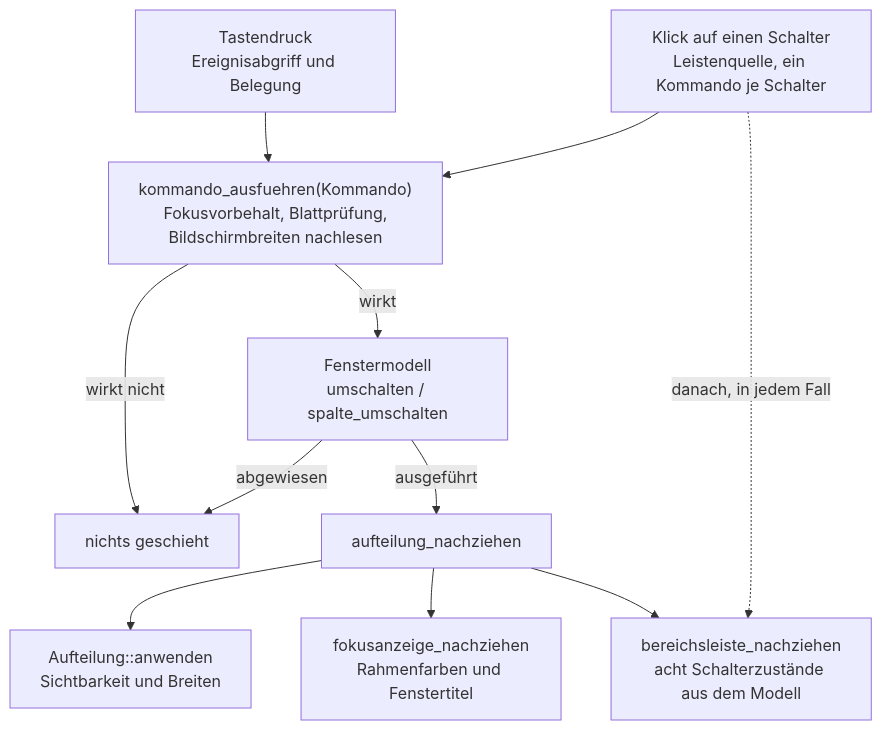
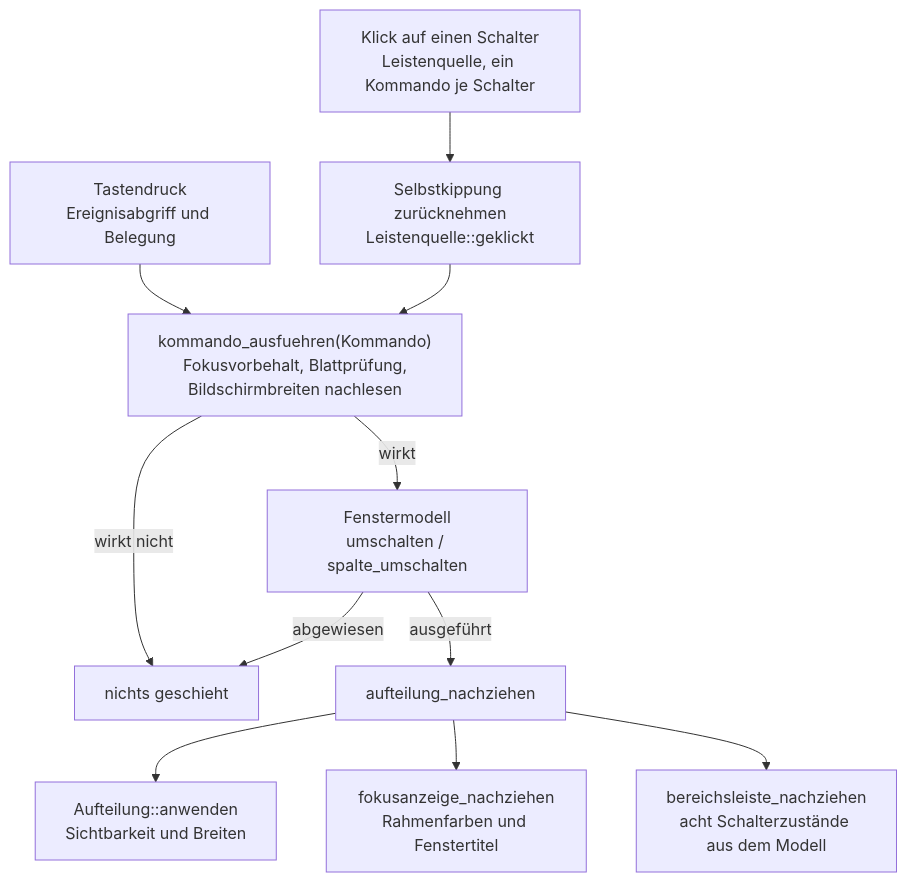
Before and after one commit to tenzoki/krk: the second of 3 diagrams in fusion-workbench/circles/260811-1304-statusleiste-mit-bereichsschaltern/planning/260812-0415_p_bereichsleiste-und-proportionale-breitenregel.md, drawn with Mermaid. The commit also changed other lines of this file and 13 other files, not shown here.

````diff
--- a/fusion-workbench/circles/260811-1304-statusleiste-mit-bereichsschaltern/planning/260812-0415_p_bereichsleiste-und-proportionale-breitenregel.md
+++ b/fusion-workbench/circles/260811-1304-statusleiste-mit-bereichsschaltern/planning/260812-0415_p_bereichsleiste-und-proportionale-breitenregel.md
@@ -122,22 +122,23 @@
 ```mermaid
 flowchart TD
     taste["Tastendruck<br/>Ereignisabgriff und Belegung"]
     klick["Klick auf einen Schalter<br/>Leistenquelle, ein Kommando je Schalter"]
+    kippung["Selbstkippung zurücknehmen<br/>Leistenquelle::geklickt"]
     kommando["kommando_ausfuehren(Kommando)<br/>Fokusvorbehalt, Blattprüfung,<br/>Bildschirmbreiten nachlesen"]
     modell["Fenstermodell<br/>umschalten / spalte_umschalten"]
     nachzug["aufteilung_nachziehen"]
     anwenden["Aufteilung::anwenden<br/>Sichtbarkeit und Breiten"]
     fokusanzeige["fokusanzeige_nachziehen<br/>Rahmenfarben und Fenstertitel"]
     stand["bereichsleiste_nachziehen<br/>acht Schalterzustände aus dem Modell"]
 
     taste --> kommando
-    klick --> kommando
+    klick --> kippung
+    kippung --> kommando
     kommando -->|"wirkt nicht"| ende["nichts geschieht"]
     kommando -->|"wirkt"| modell
     modell -->|"abgewiesen"| ende
     modell -->|"ausgeführt"| nachzug
     nachzug --> anwenden
     nachzug --> fokusanzeige
     nachzug --> stand
-    klick -.->|"danach, in jedem Fall"| stand
 ```
````
